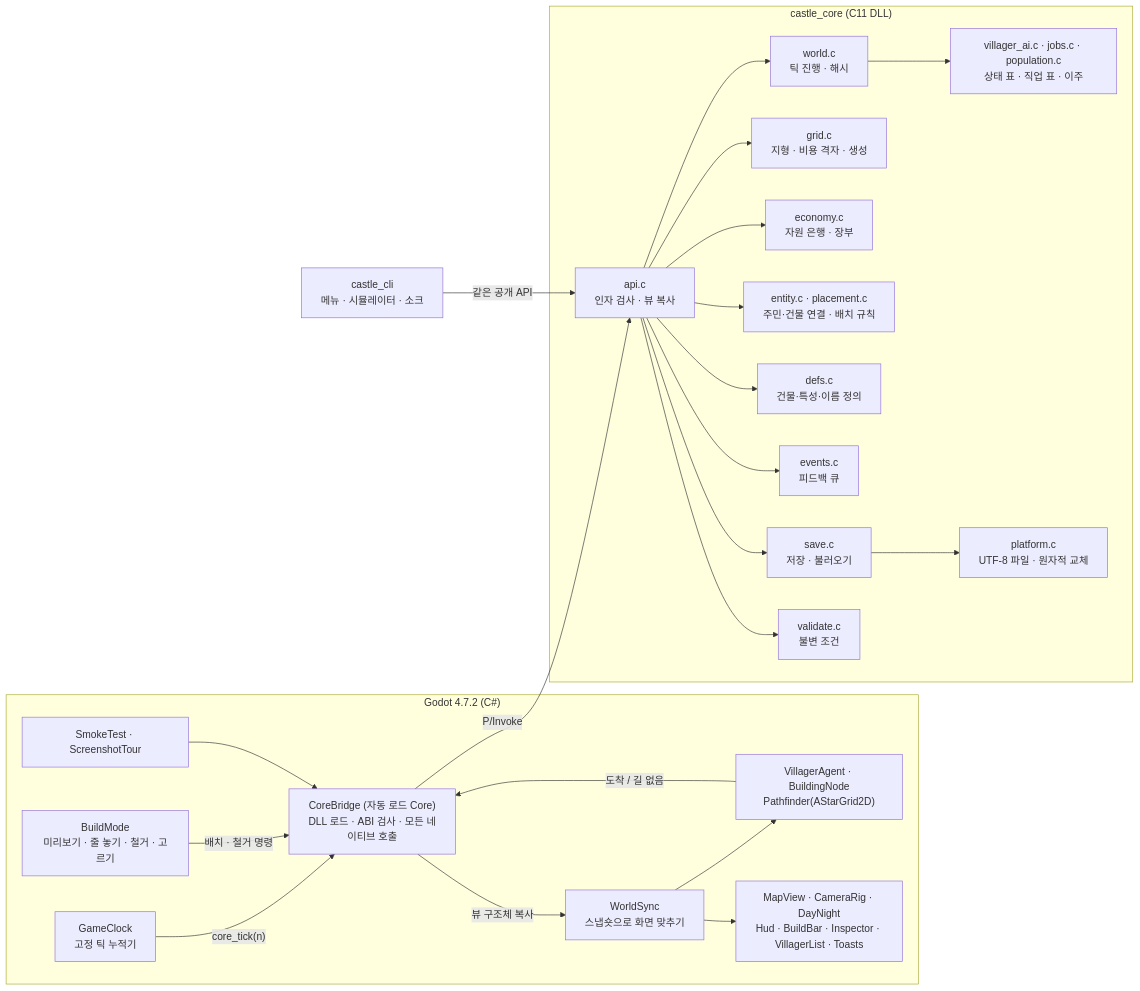
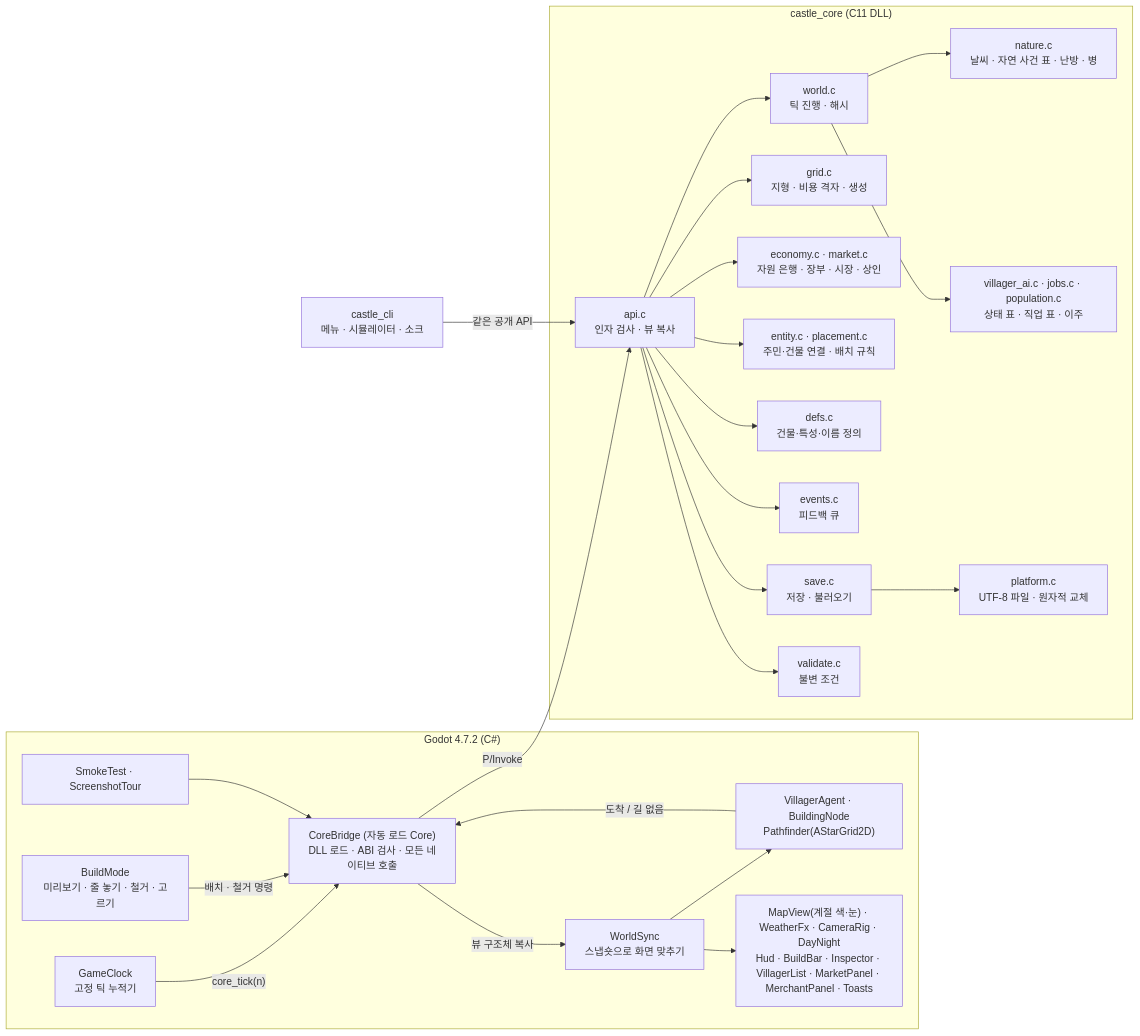
One commit to jkanggpt/project changed the diagram in docs/ARCHITECTURE.md. Above: the diagram before and after it, drawn with Mermaid. The commit also changed other lines of this file and 11 other files, not shown here.

````diff
--- a/docs/ARCHITECTURE.md
+++ b/docs/ARCHITECTURE.md
@@ -7,38 +7,39 @@
 ```mermaid
 flowchart LR
     subgraph Godot["Godot 4.7.2 (C#)"]
         Clock["GameClock<br/>고정 틱 누적기"]
         Bridge["CoreBridge (자동 로드 Core)<br/>DLL 로드 · ABI 검사 · 모든 네이티브 호출"]
         Sync["WorldSync<br/>스냅숏으로 화면 맞추기"]
         Units["VillagerAgent · BuildingNode<br/>Pathfinder(AStarGrid2D)"]
         Tools["BuildMode<br/>미리보기 · 줄 놓기 · 철거 · 고르기"]
-        View["MapView · CameraRig · DayNight<br/>Hud · BuildBar · Inspector · VillagerList · Toasts"]
+        View["MapView(계절 색·눈) · WeatherFx · CameraRig · DayNight<br/>Hud · BuildBar · Inspector · VillagerList · MarketPanel · MerchantPanel · Toasts"]
         Debug["SmokeTest · ScreenshotTour"]
     end
     subgraph C["castle_core (C11 DLL)"]
         API["api.c<br/>인자 검사 · 뷰 복사"]
         World["world.c<br/>틱 진행 · 해시"]
         Grid["grid.c<br/>지형 · 비용 격자 · 생성"]
-        Eco["economy.c<br/>자원 은행 · 장부"]
+        Eco["economy.c · market.c<br/>자원 은행 · 장부 · 시장 · 상인"]
+        Nat["nature.c<br/>날씨 · 자연 사건 표 · 난방 · 병"]
         Ent["entity.c · placement.c<br/>주민·건물 연결 · 배치 규칙"]
         AI["villager_ai.c · jobs.c · population.c<br/>상태 표 · 직업 표 · 이주"]
         Defs["defs.c<br/>건물·특성·이름 정의"]
         Ev["events.c<br/>피드백 큐"]
         Save["save.c<br/>저장 · 불러오기"]
         Val["validate.c<br/>불변 조건"]
         Plat["platform.c<br/>UTF-8 파일 · 원자적 교체"]
     end
     CLI["castle_cli<br/>메뉴 · 시뮬레이터 · 소크"]
 
     Clock -- "core_tick(n)" --> Bridge
     Bridge -- "P/Invoke" --> API
     API --> World & Grid & Eco & Ev & Save & Val & Ent & Defs
-    World --> AI
+    World --> AI & Nat
     Save --> Plat
     Bridge -- "뷰 구조체 복사" --> Sync --> View
     Sync --> Units
     Units -- "도착 / 길 없음" --> Bridge
     Tools -- "배치 · 철거 명령" --> Bridge
     Debug --> Bridge
     CLI -- "같은 공개 API" --> API
 ```
````
